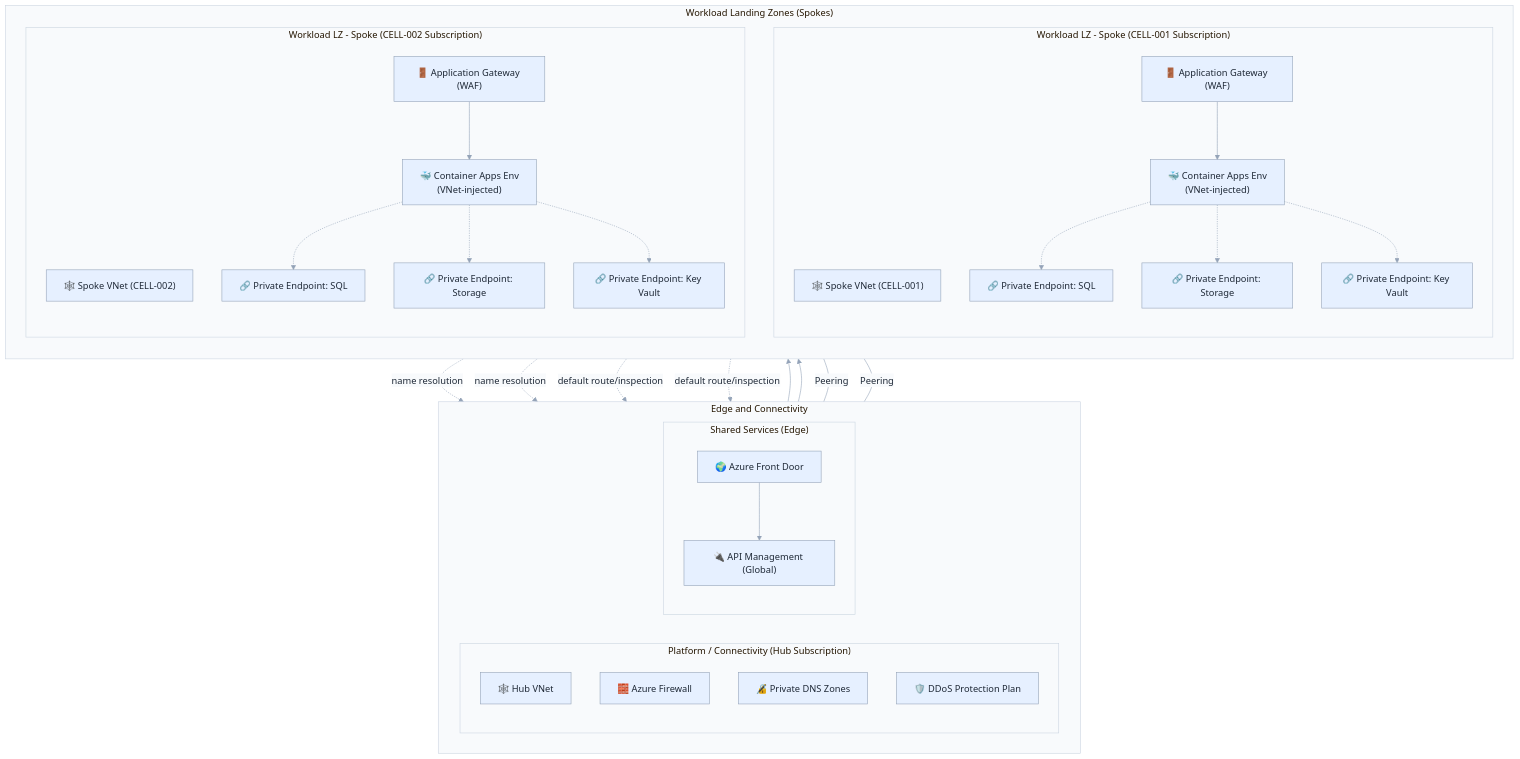
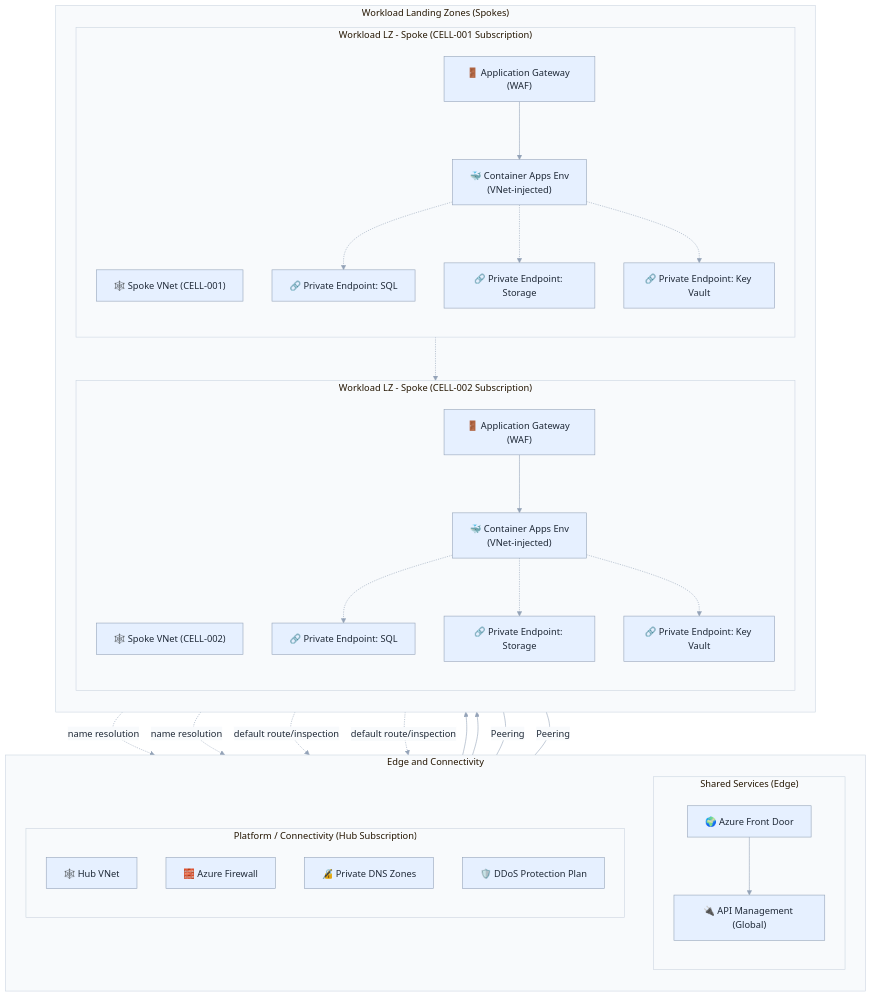
One commit to srnichols/StampsPattern changed the fourth of 7 diagrams in docs/LANDING_ZONES_GUIDE.md. Above: the diagram before and after it, drawn with Mermaid.

Commit message:
docs(landing-zones): enforce portrait stacking in Networking diagram by stacking top section and adding subtle layout helper edge

````diff
--- a/docs/LANDING_ZONES_GUIDE.md
+++ b/docs/LANDING_ZONES_GUIDE.md
@@ -181,74 +181,77 @@
 ```mermaid
 %%{init: {"theme":"base","themeVariables":{"background":"transparent","primaryColor":"#E6F0FF","primaryTextColor":"#1F2937","primaryBorderColor":"#94A3B8","lineColor":"#94A3B8","secondaryColor":"#F3F4F6","tertiaryColor":"#DBEAFE","clusterBkg":"#F8FAFC","clusterBorder":"#CBD5E1","edgeLabelBackground":"#F8FAFC","fontFamily":"Segoe UI, Roboto, Helvetica, Arial, sans-serif"}} }%%
 flowchart TB
-  %% Top row: Platform/Connectivity beside Shared Services (Edge)
+  %% Top section: stack Shared Services above Platform/Connectivity (portrait)
   subgraph "Edge and Connectivity"
-    direction LR
+    direction TB
+
+    subgraph "Shared Services (Edge)"
+      direction TB
+      FD["🌍 Azure Front Door"]
+      APIM["🔌 API Management (Global)"]
+    end
 
     subgraph "Platform / Connectivity (Hub Subscription)"
       direction TB
       HUBVNET["🕸️ Hub VNet"]
       AFW["🧱 Azure Firewall"]
       PDNS["🔏 Private DNS Zones"]
       DDOS["🛡️ DDoS Protection Plan"]
-    end
-
-    subgraph "Shared Services (Edge)"
-      direction TB
-      FD["🌍 Azure Front Door"]
-      APIM["🔌 API Management (Global)"]
     end
   end
 
   %% Second section: Workload spokes stacked (portrait)
   subgraph "Workload Landing Zones (Spokes)"
     direction TB
 
     subgraph "Workload LZ - Spoke (CELL-001 Subscription)"
       direction TB
       SP1VNET["🕸️ Spoke VNet (CELL-001)"]
       AGW1["🚪 Application Gateway (WAF)"]
       CAE1["🐳 Container Apps Env\n(VNet-injected)"]
       PEP_SQL1["🔗 Private Endpoint: SQL"]
       PEP_ST1["🔗 Private Endpoint: Storage"]
       PEP_KV1["🔗 Private Endpoint: Key Vault"]
     end
 
     subgraph "Workload LZ - Spoke (CELL-002 Subscription)"
       direction TB
       SP2VNET["🕸️ Spoke VNet (CELL-002)"]
       AGW2["🚪 Application Gateway (WAF)"]
       CAE2["🐳 Container Apps Env\n(VNet-injected)"]
       PEP_SQL2["🔗 Private Endpoint: SQL"]
       PEP_ST2["🔗 Private Endpoint: Storage"]
       PEP_KV2["🔗 Private Endpoint: Key Vault"]
     end
   end
 
   %% Edge to regional ingress
   FD --> APIM
   APIM --> AGW1
   APIM --> AGW2
   AGW1 --> CAE1
   AGW2 --> CAE2
 
   %% Hub-spoke peering
   HUBVNET ---|Peering| SP1VNET
   HUBVNET ---|Peering| SP2VNET
 
   %% Private DNS resolution across spokes
   SP1VNET -. "name resolution" .-> PDNS
   SP2VNET -. "name resolution" .-> PDNS
 
   %% Optional: traffic inspection via Azure Firewall
   SP1VNET -. "default route/inspection" .-> AFW
   SP2VNET -. "default route/inspection" .-> AFW
 
   %% Private endpoints to data services within spokes
   CAE1 -.-> PEP_SQL1
   CAE1 -.-> PEP_ST1
   CAE1 -.-> PEP_KV1
   CAE2 -.-> PEP_SQL2
   CAE2 -.-> PEP_ST2
   CAE2 -.-> PEP_KV2
+
+  %% Layout helper to stack spokes vertically (subtle dotted connector)
+  PEP_KV1 -.-> SP2VNET
 ```
````
